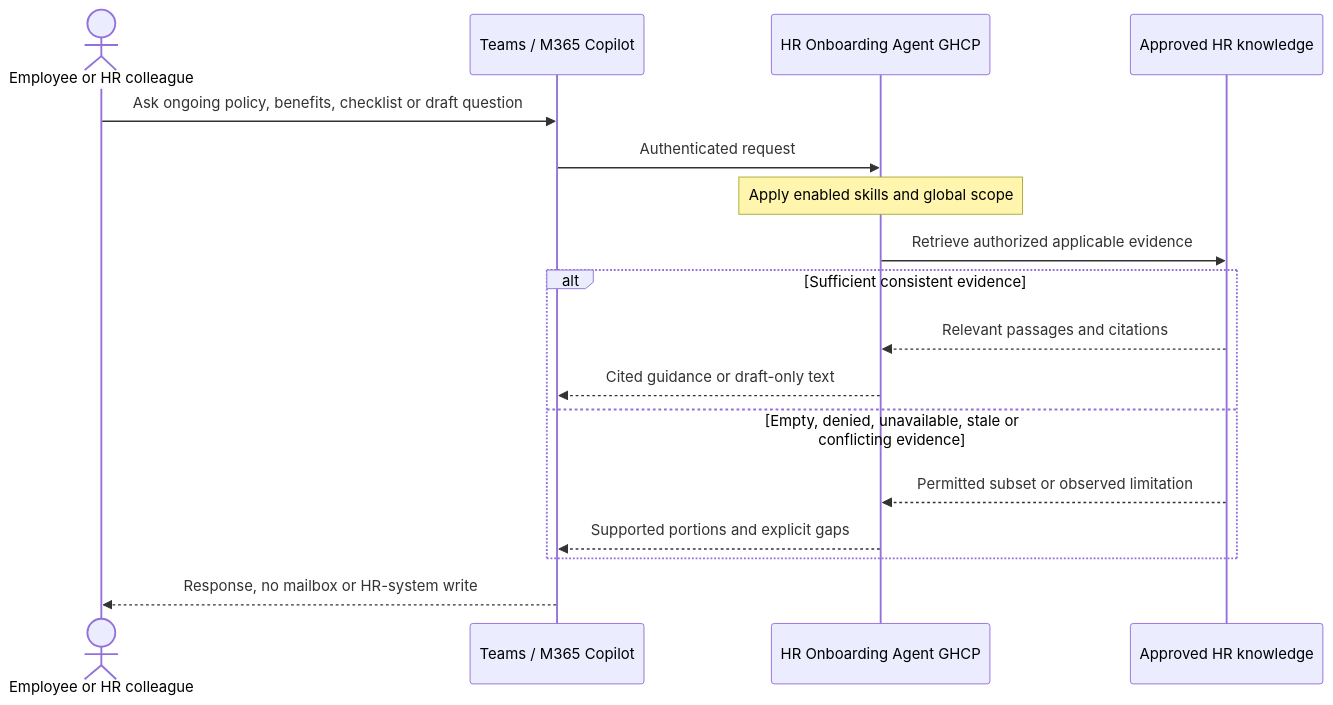
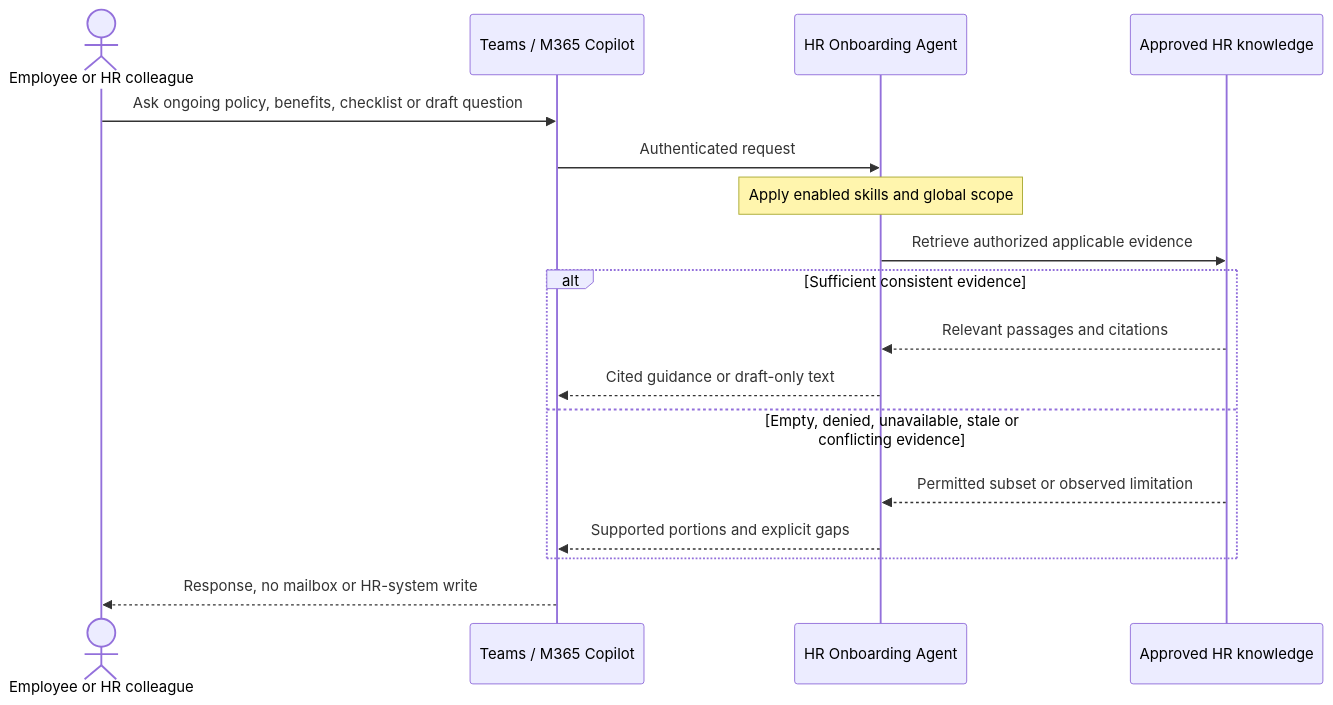
Before and after one commit to petepuu/ai-agent-runbooks: the second of 3 diagrams in 01-scenarios/HR-Onboarding-Agent-GHCP/2.Architecture.md, drawn with Mermaid. The commit also changed other lines of this file and 6 other files, not shown here.

First line of the commit message:
Standardize HR Onboarding Agent display name

````diff
--- a/01-scenarios/HR-Onboarding-Agent-GHCP/2.Architecture.md
+++ b/01-scenarios/HR-Onboarding-Agent-GHCP/2.Architecture.md
@@ -109,19 +109,19 @@
 ```mermaid
 sequenceDiagram
     actor User as Employee or HR colleague
     participant Channel as Teams / M365 Copilot
-    participant Agent as HR Onboarding Agent GHCP
+    participant Agent as HR Onboarding Agent
     participant KB as Approved HR knowledge
     User->>Channel: Ask ongoing policy, benefits, checklist or draft question
     Channel->>Agent: Authenticated request
     Note over Agent: Apply enabled skills and global scope
     Agent->>KB: Retrieve authorized applicable evidence
     alt Sufficient consistent evidence
         KB-->>Agent: Relevant passages and citations
         Agent-->>Channel: Cited guidance or draft-only text
     else Empty, denied, unavailable, stale or conflicting evidence
         KB-->>Agent: Permitted subset or observed limitation
         Agent-->>Channel: Supported portions and explicit gaps
     end
     Channel-->>User: Response, no mailbox or HR-system write
 ```
````
